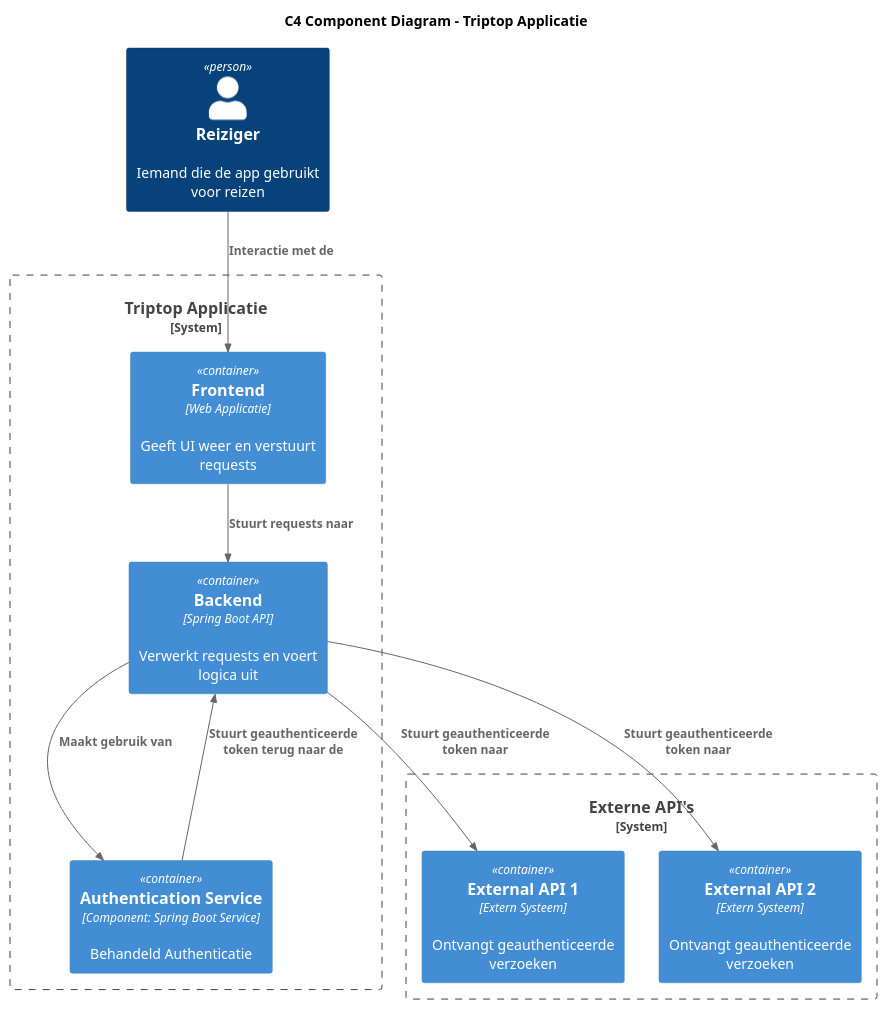
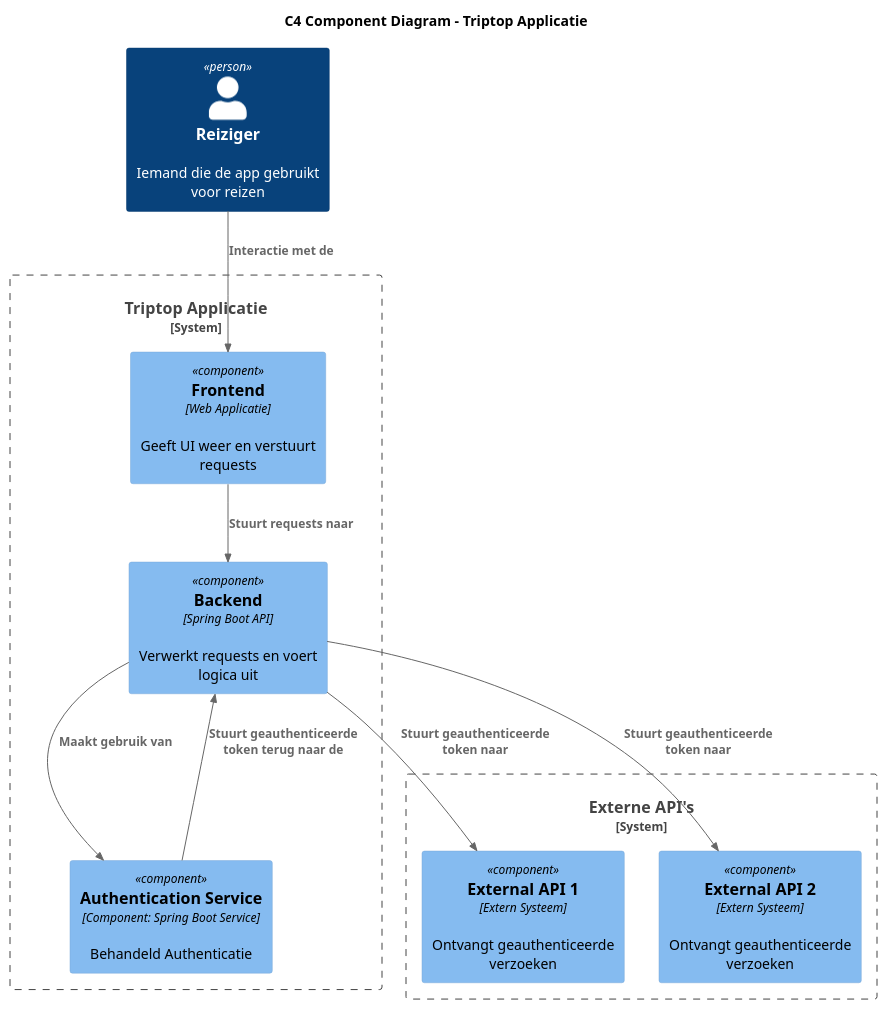
Before and after one commit to AIM-ENE-feb25/triptop-peak-performers-groep-1: the diagram in opdracht-diagrammen/C4-Diagrammen/C4-Component-Diagram-Mischa.puml, drawn with PlantUML. The commit also changed 1 other file, not shown here.

```diff
--- a/opdracht-diagrammen/C4-Diagrammen/C4-Component-Diagram-Mischa.puml
+++ b/opdracht-diagrammen/C4-Diagrammen/C4-Component-Diagram-Mischa.puml
@@ -1,26 +1,26 @@
 @startuml
-!include <C4/C4_Container>
+!include <C4/C4_Component>
 
 title C4 Component Diagram - Triptop Applicatie
 
 Person(User, "Reiziger", "Iemand die de app gebruikt voor reizen")
 
 System_Boundary(c3, "Triptop Applicatie") {
-    Container(Frontend, "Frontend", "Web Applicatie", "Geeft UI weer en verstuurt requests")
-    Container(Backend, "Backend", "Spring Boot API", "Verwerkt requests en voert logica uit")
-    Container(AuthenticationService, "Authentication Service", "Component: Spring Boot Service", "Behandeld Authenticatie")
+    Component(Frontend, "Frontend", "Web Applicatie", "Geeft UI weer en verstuurt requests")
+    Component(Backend, "Backend", "Spring Boot API", "Verwerkt requests en voert logica uit")
+    Component(AuthenticationService, "Authentication Service", "Component: Spring Boot Service", "Behandeld Authenticatie")
 }
 
 System_Boundary(c4, "Externe API's") {
-    Container(ExternelAPI1, "External API 1", "Extern Systeem", "Ontvangt geauthenticeerde verzoeken")
-    Container(ExternalAPI2, "External API 2", "Extern Systeem", "Ontvangt geauthenticeerde verzoeken")
+    Component(ExternelAPI1, "External API 1", "Extern Systeem", "Ontvangt geauthenticeerde verzoeken")
+    Component(ExternalAPI2, "External API 2", "Extern Systeem", "Ontvangt geauthenticeerde verzoeken")
 }
 
 Rel(User, Frontend, "Interactie met de")
 Rel(Frontend, Backend, "Stuurt requests naar")
 Rel(Backend, AuthenticationService, "Maakt gebruik van")
 Rel(AuthenticationService, Backend, "Stuurt geauthenticeerde token terug naar de")
 Rel(Backend, ExternelAPI1, "Stuurt geauthenticeerde token naar")
 Rel(Backend, ExternalAPI2, "Stuurt geauthenticeerde token naar")
 
 @enduml
```
